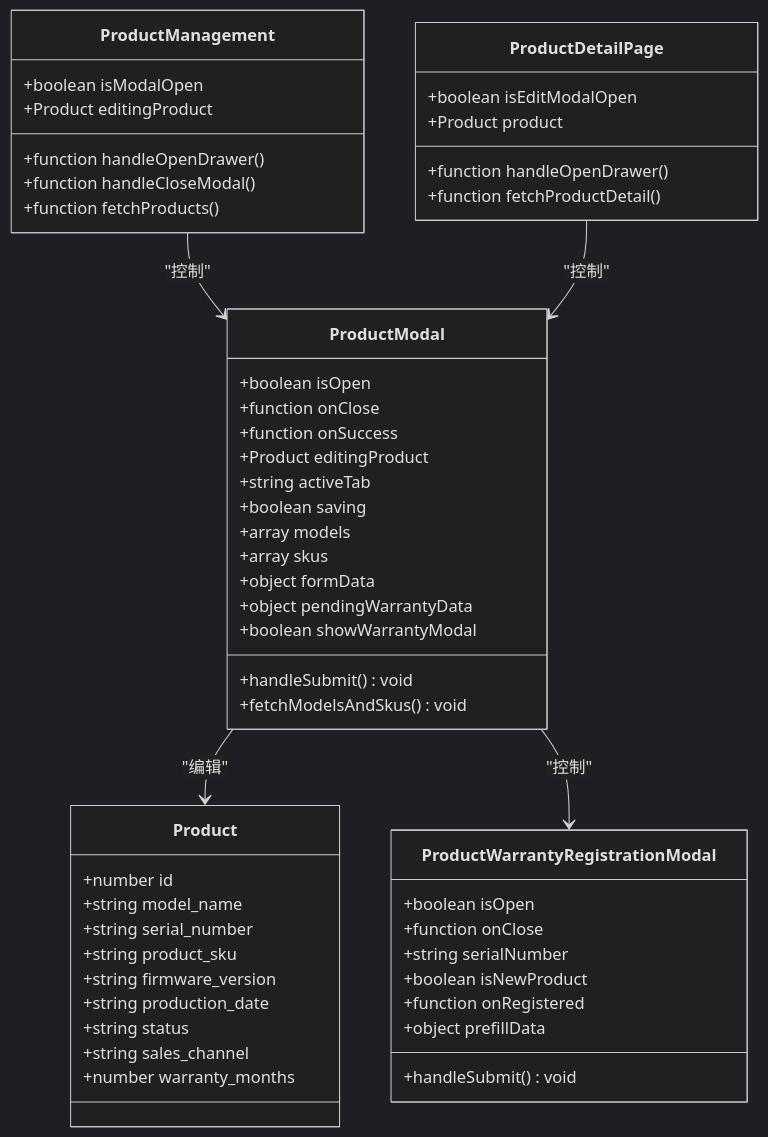
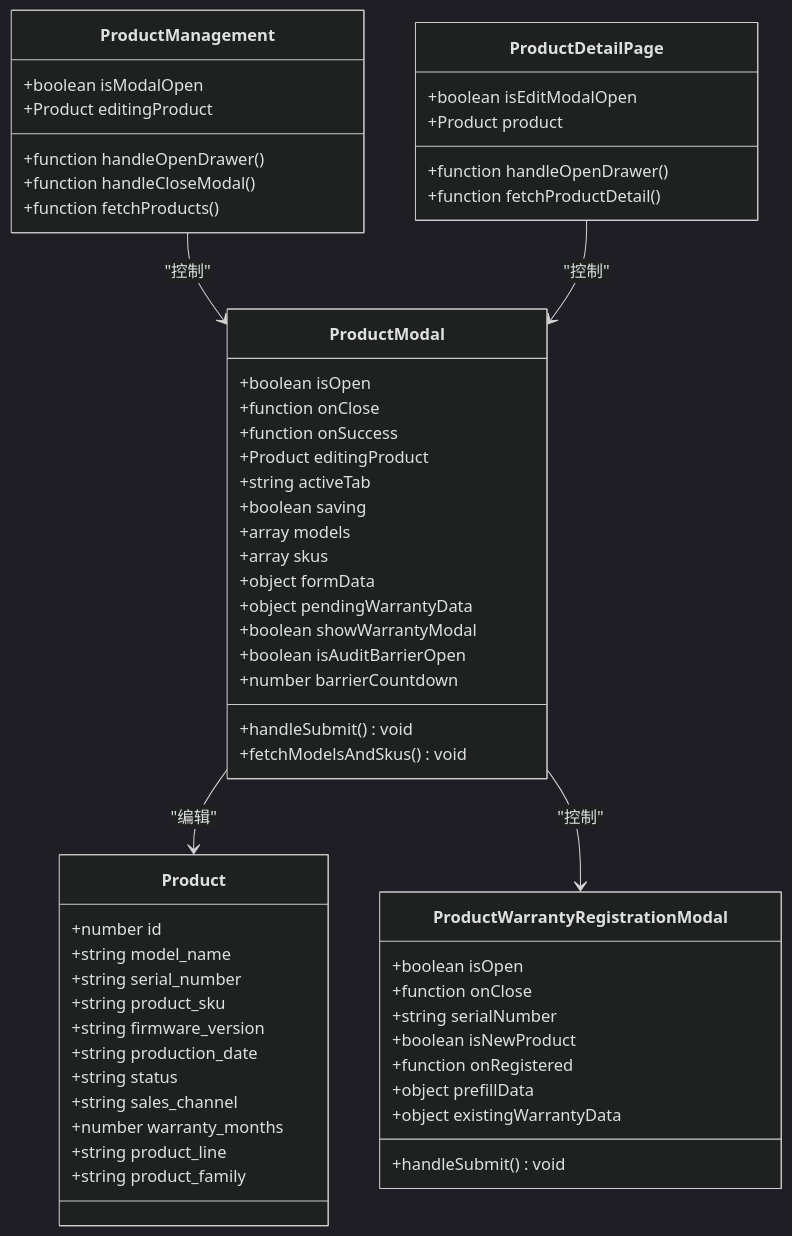
One commit to CubeEdge/Longhorn changed the second of 19 diagrams in .qoder/repowiki/zh/content/前端组件架构/产品详情页面组件/产品编辑模态框.md. Above: the diagram before and after it, drawn with Mermaid (dark theme). The commit also changed other lines of this file and 118 other files, not shown here.

````diff
--- a/.qoder/repowiki/zh/content/前端组件架构/产品详情页面组件/产品编辑模态框.md
+++ b/.qoder/repowiki/zh/content/前端组件架构/产品详情页面组件/产品编辑模态框.md
@@ -88,55 +98,60 @@
 ```mermaid
 classDiagram
 class ProductModal {
 +boolean isOpen
 +function onClose
 +function onSuccess
 +Product editingProduct
 +string activeTab
 +boolean saving
 +array models
 +array skus
 +object formData
 +object pendingWarrantyData
 +boolean showWarrantyModal
++boolean isAuditBarrierOpen
++number barrierCountdown
 +handleSubmit() void
 +fetchModelsAndSkus() void
 }
 class ProductWarrantyRegistrationModal {
 +boolean isOpen
 +function onClose
 +string serialNumber
 +boolean isNewProduct
 +function onRegistered
 +object prefillData
++object existingWarrantyData
 +handleSubmit() void
 }
 class ProductManagement {
 +boolean isModalOpen
 +Product editingProduct
 +function handleOpenDrawer()
 +function handleCloseModal()
 +function fetchProducts()
 }
 class ProductDetailPage {
 +boolean isEditModalOpen
 +Product product
 +function handleOpenDrawer()
 +function fetchProductDetail()
 }
 class Product {
 +number id
 +string model_name
 +string serial_number
 +string product_sku
 +string firmware_version
 +string production_date
 +string status
 +string sales_channel
 +number warranty_months
++string product_line
++string product_family
 }
 ProductModal --> Product : "编辑"
 ProductModal --> ProductWarrantyRegistrationModal : "控制"
 ProductManagement --> ProductModal : "控制"
 ProductDetailPage --> ProductModal : "控制"
 ```
````
